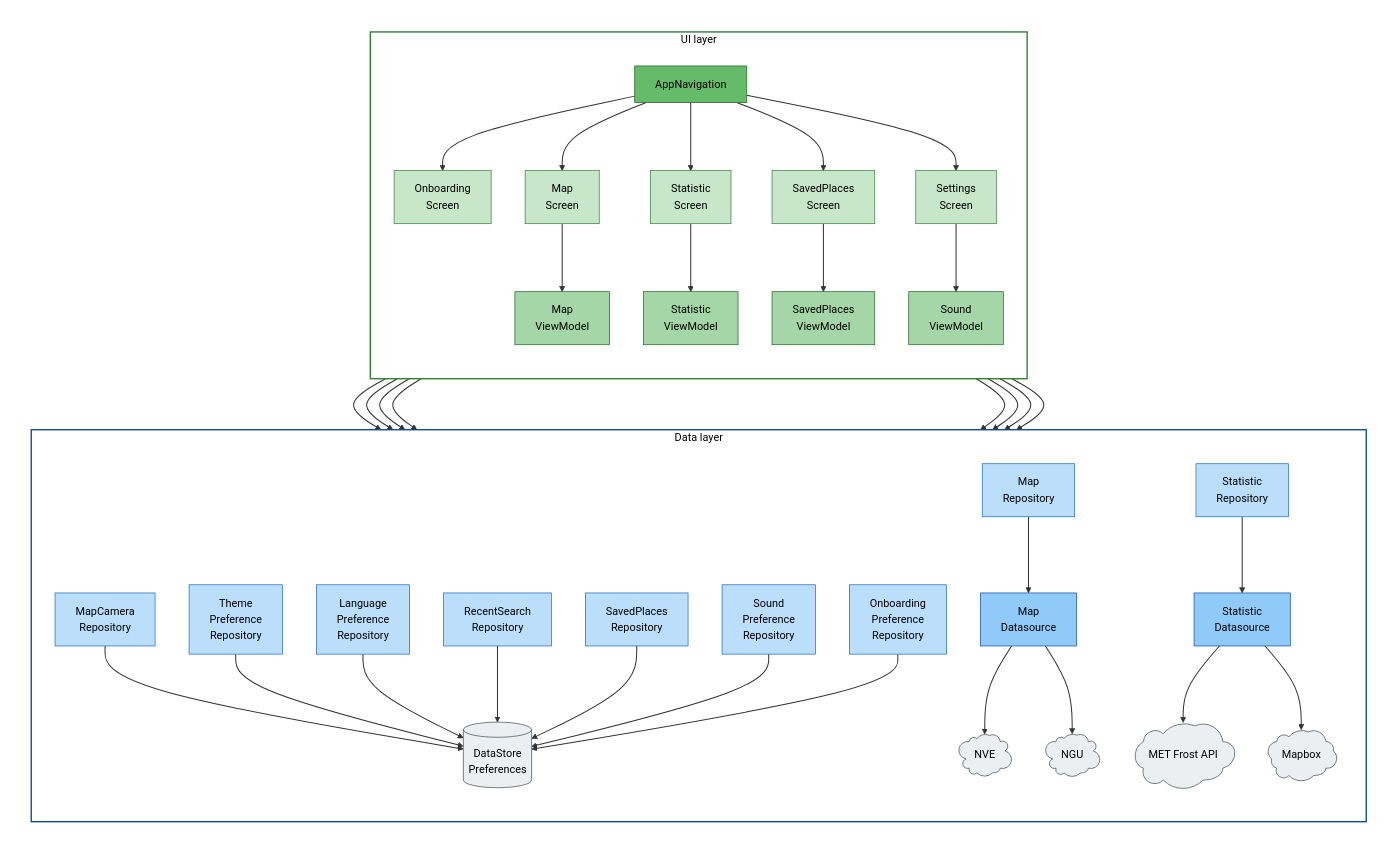
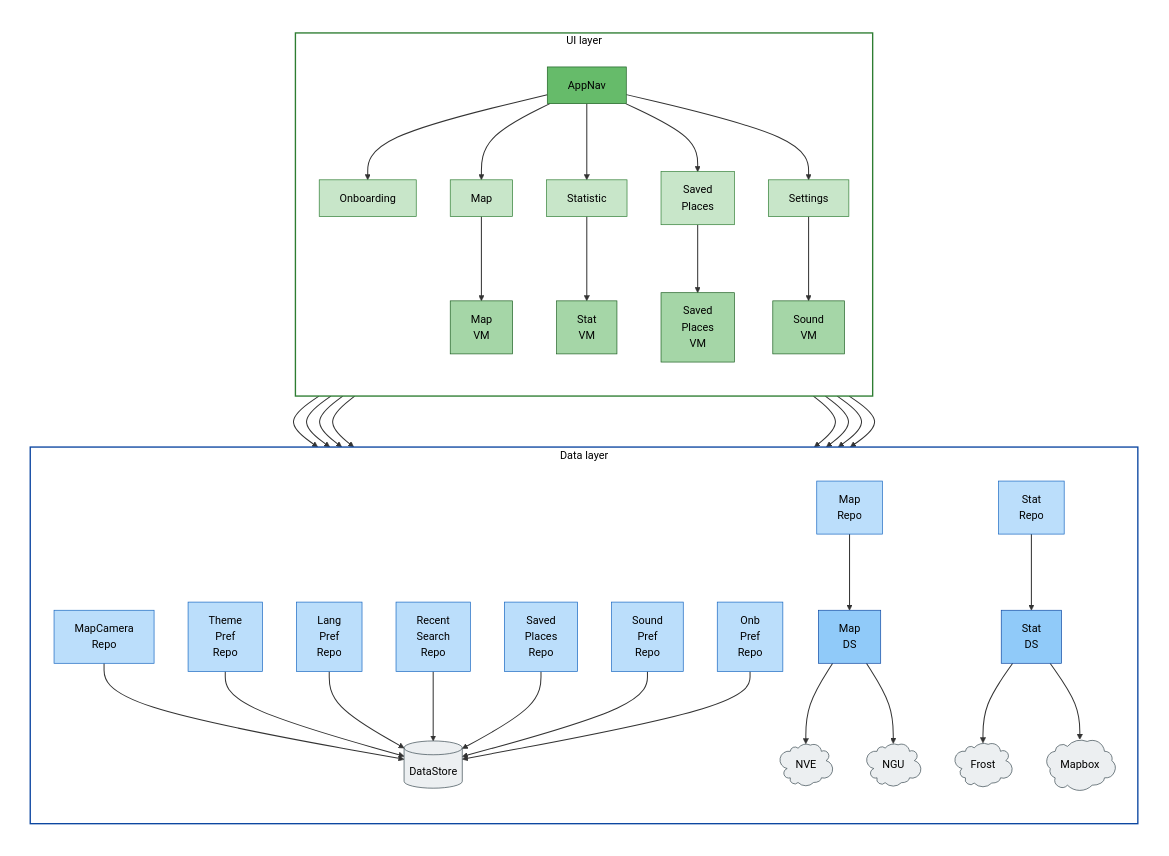
The diagram in ARCHITECTURE.md (Dannevanne/klima-app), drawn with Mermaid before and after one commit. The commit also changed other lines of this file, not shown here.

Commit message:
fix: short labels in mermaid + legend table so renderers don't crop text

````diff
--- a/ARCHITECTURE.md
+++ b/ARCHITECTURE.md
@@ -107,4 +107,5 @@
 ```mermaid
+%%{init: {'flowchart': {'useMaxWidth': false}}}%%
 flowchart TB
     subgraph CANVAS[" "]
         direction TB
@@ -113,18 +114,18 @@
         subgraph UI["UI layer"]
             direction TB
 
-            AppNav["AppNavigation"]:::navhost
+            AppNav["AppNav"]:::navhost
 
-            OnbScreen["Onboarding<br>Screen"]:::screen
-            MapScreen["Map<br>Screen"]:::screen
-            StatScreen["Statistic<br>Screen"]:::screen
-            SavScreen["SavedPlaces<br>Screen"]:::screen
-            SetScreen["Settings<br>Screen"]:::screen
+            OnbScreen["Onboarding"]:::screen
+            MapScreen["Map"]:::screen
+            StatScreen["Statistic"]:::screen
+            SavScreen["Saved<br>Places"]:::screen
+            SetScreen["Settings"]:::screen
 
-            MapVM["Map<br>ViewModel"]:::vm
-            StatVM["Statistic<br>ViewModel"]:::vm
-            SavVM["SavedPlaces<br>ViewModel"]:::vm
-            SoundVM["Sound<br>ViewModel"]:::vm
+            MapVM["Map<br>VM"]:::vm
+            StatVM["Stat<br>VM"]:::vm
+            SavVM["Saved<br>Places<br>VM"]:::vm
+            SoundVM["Sound<br>VM"]:::vm
 
             AppNav --> OnbScreen
             AppNav --> MapScreen
@@ -142,24 +143,24 @@
         subgraph DATA["Data layer"]
             direction TB
 
-            MapRepo["Map<br>Repository"]:::repo
-            MapCameraRepo["MapCamera<br>Repository"]:::repo
-            ThemeRepo["Theme<br>Preference<br>Repository"]:::repo
-            LangRepo["Language<br>Preference<br>Repository"]:::repo
-            StatRepo["Statistic<br>Repository"]:::repo
-            RecentRepo["RecentSearch<br>Repository"]:::repo
-            SavRepo["SavedPlaces<br>Repository"]:::repo
-            SoundRepo["Sound<br>Preference<br>Repository"]:::repo
-            OnbRepo["Onboarding<br>Preference<br>Repository"]:::repo
+            MapRepo["Map<br>Repo"]:::repo
+            MapCameraRepo["MapCamera<br>Repo"]:::repo
+            ThemeRepo["Theme<br>Pref<br>Repo"]:::repo
+            LangRepo["Lang<br>Pref<br>Repo"]:::repo
+            StatRepo["Stat<br>Repo"]:::repo
+            RecentRepo["Recent<br>Search<br>Repo"]:::repo
+            SavRepo["Saved<br>Places<br>Repo"]:::repo
+            SoundRepo["Sound<br>Pref<br>Repo"]:::repo
+            OnbRepo["Onb<br>Pref<br>Repo"]:::repo
 
-            MapDS["Map<br>Datasource"]:::ds
-            StatDS["Statistic<br>Datasource"]:::ds
+            MapDS["Map<br>DS"]:::ds
+            StatDS["Stat<br>DS"]:::ds
 
-            DS[("DataStore<br>Preferences")]:::store
+            DS[("DataStore")]:::store
 
             NVE@{ shape: cloud, label: "NVE" }
             NGU@{ shape: cloud, label: "NGU" }
-            Frost@{ shape: cloud, label: "MET Frost API" }
+            Frost@{ shape: cloud, label: "Frost" }
             Mapbox@{ shape: cloud, label: "Mapbox" }
 
             MapRepo --> MapDS
````
